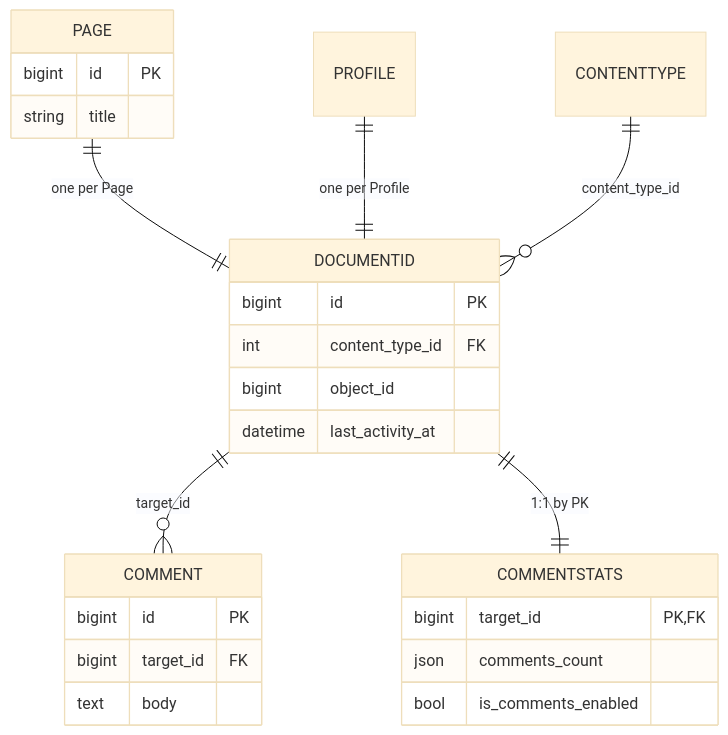
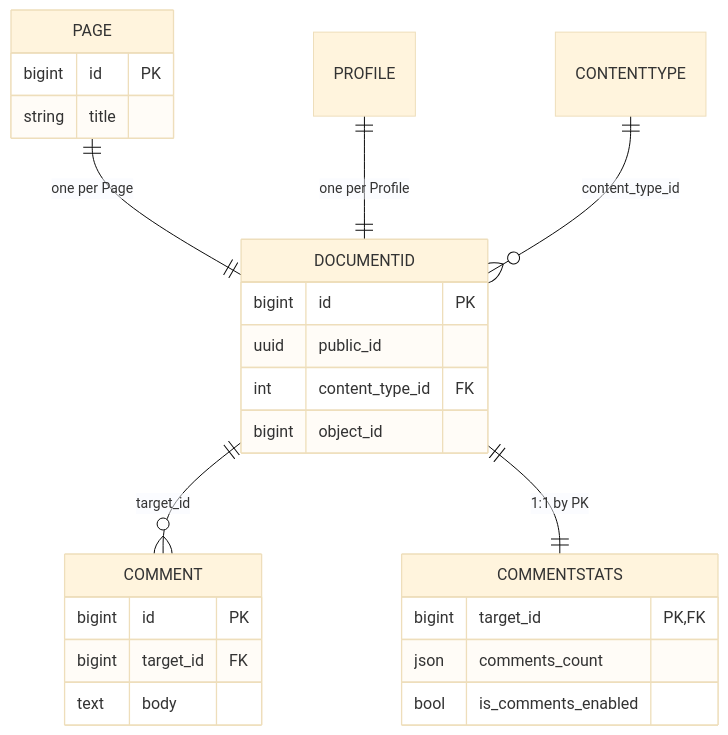
The second of 2 diagrams in PLUGIN_ARCHITECTURE.md (silverlogic/baseapp-backend), drawn with Mermaid (base theme) before and after one commit. The commit also changed other lines of this file and 31 other files, not shown here.

Commit message:
Refactor of the plugin architecture to be simpler and yet effective

````diff
--- a/PLUGIN_ARCHITECTURE.md
+++ b/PLUGIN_ARCHITECTURE.md
@@ -326,33 +378,33 @@
 ```mermaid
 erDiagram
     PAGE ||--|| DOCUMENTID : "one per Page"
     PROFILE ||--|| DOCUMENTID : "one per Profile"
     CONTENTTYPE ||--o{ DOCUMENTID : "content_type_id"
     
     DOCUMENTID ||--o{ COMMENT : "target_id"
     DOCUMENTID ||--|| COMMENTSTATS : "1:1 by PK"
     
     PAGE {
         bigint id PK
         string title
     }
     
     DOCUMENTID {
         bigint id PK
+        uuid public_id
         int content_type_id FK
         bigint object_id
-        datetime last_activity_at
     }
     
     COMMENT {
         bigint id PK
         bigint target_id FK
         text body
     }
 
     COMMENTSTATS {
         bigint target_id PK, FK
         json comments_count
         bool is_comments_enabled
     }
 ```
````
